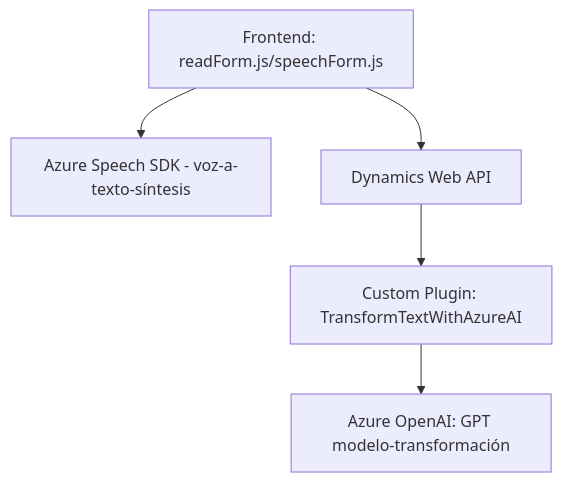
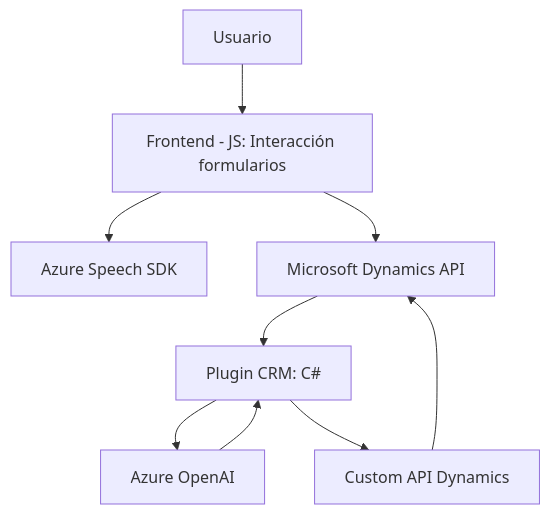
Before and after one commit to blopezdm/NETCORE_BILBAO2025: the diagram in README.md, drawn with Mermaid. The commit also changed other lines of this file, not shown here.

````diff
--- a/README.md
+++ b/README.md
@@ -40,7 +38,19 @@
 ```mermaid
 graph TD
-A["Frontend: readForm.js/speechForm.js"] --> B["Azure Speech SDK - voz-a-texto-síntesis"]
-A --> C["Dynamics Web API"]
-C --> D["Custom Plugin: TransformTextWithAzureAI"]
-D --> E["Azure OpenAI: GPT modelo-transformación"]
+    A["Usuario"]
+    B["Frontend - JS: Interacción formularios"]
+    C["Azure Speech SDK"]
+    D["Plugin CRM: C#"]
+    E["Microsoft Dynamics API"]
+    F["Azure OpenAI"]
+    G["Custom API Dynamics"]
+
+    A --> B
+    B --> C
+    B --> E
+    E --> D
+    D --> F
+    D --> G
+    F --> D
+    G --> E
 ```
````
